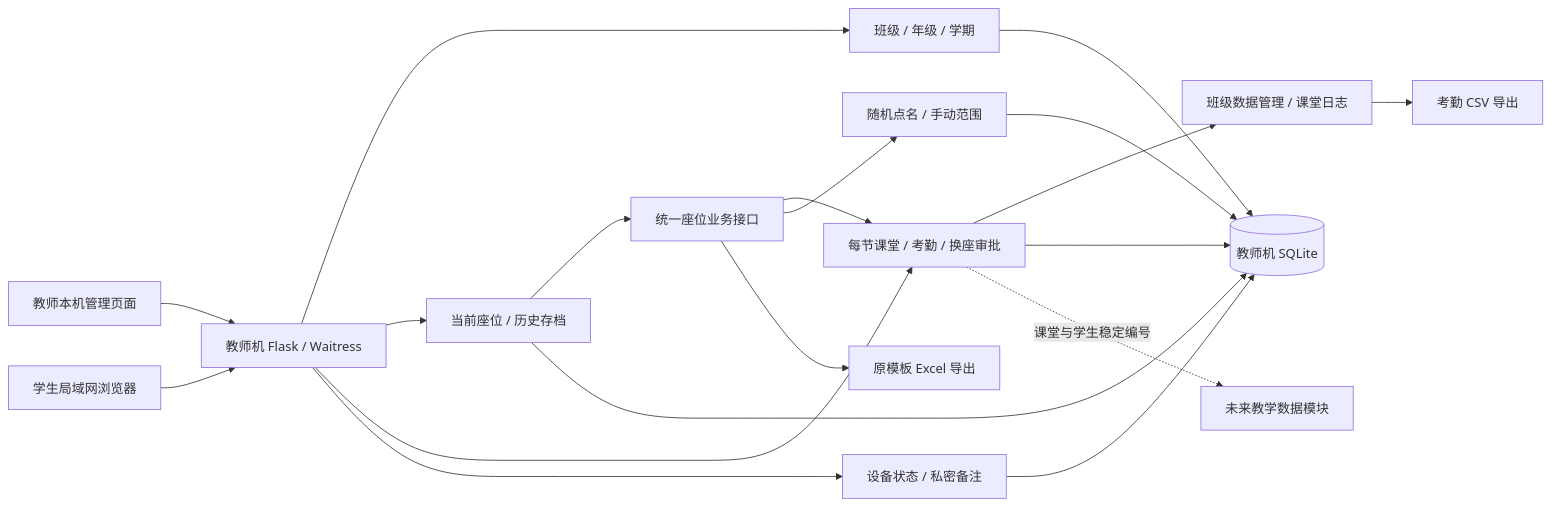
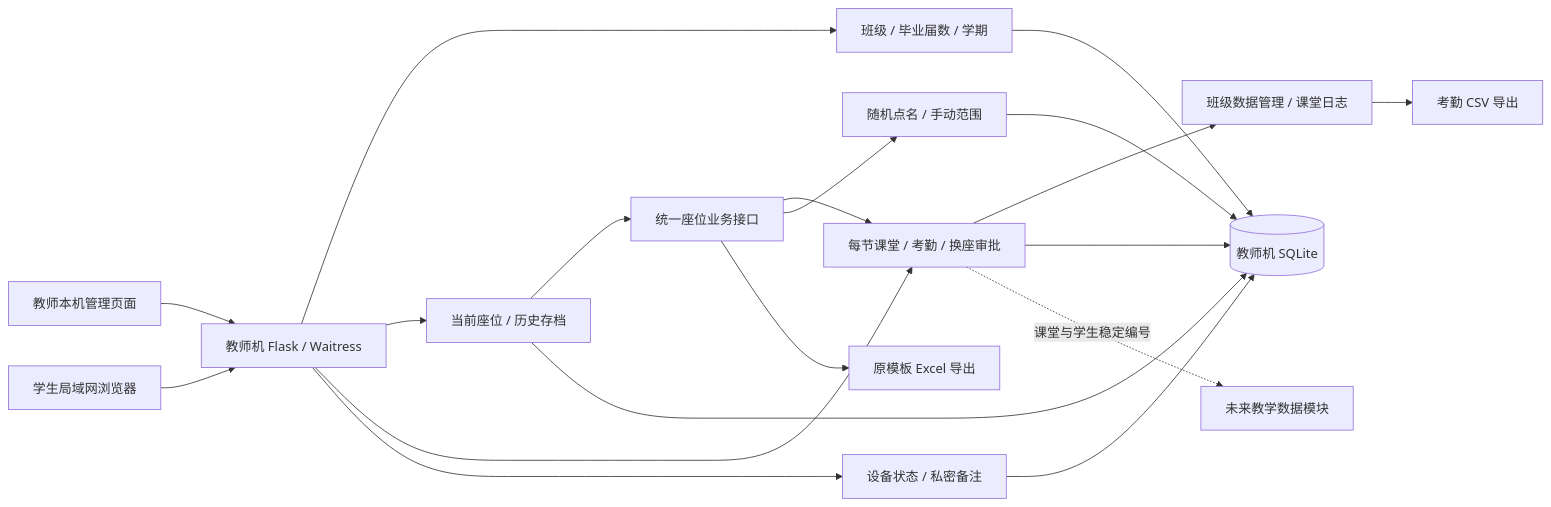
One commit to chuiyukong/classroom-assistant changed the diagram in README.md. Above: the diagram before and after it, drawn with Mermaid. The commit also changed other lines of this file and 39 other files, not shown here.

````diff
--- a/README.md
+++ b/README.md
@@ -80,21 +83,21 @@
 ```mermaid
 flowchart LR
   T[教师本机管理页面] --> H[教师机 Flask / Waitress]
   S[学生局域网浏览器] --> H
-  H --> C[班级 / 年级 / 学期]
+  H --> C[班级 / 毕业届数 / 学期]
   H --> R[当前座位 / 历史存档]
   H --> A[每节课堂 / 考勤 / 换座审批]
   H --> D[设备状态 / 私密备注]
   R --> I[统一座位业务接口]
   I --> A
   I --> P[随机点名 / 手动范围]
   A --> L[班级数据管理 / 课堂日志]
   A --> DB[(教师机 SQLite)]
   C --> DB
   R --> DB
   D --> DB
   P --> DB
   I --> X[原模板 Excel 导出]
   L --> CSV[考勤 CSV 导出]
   A -.课堂与学生稳定编号.-> F[未来教学数据模块]
 ```
````
